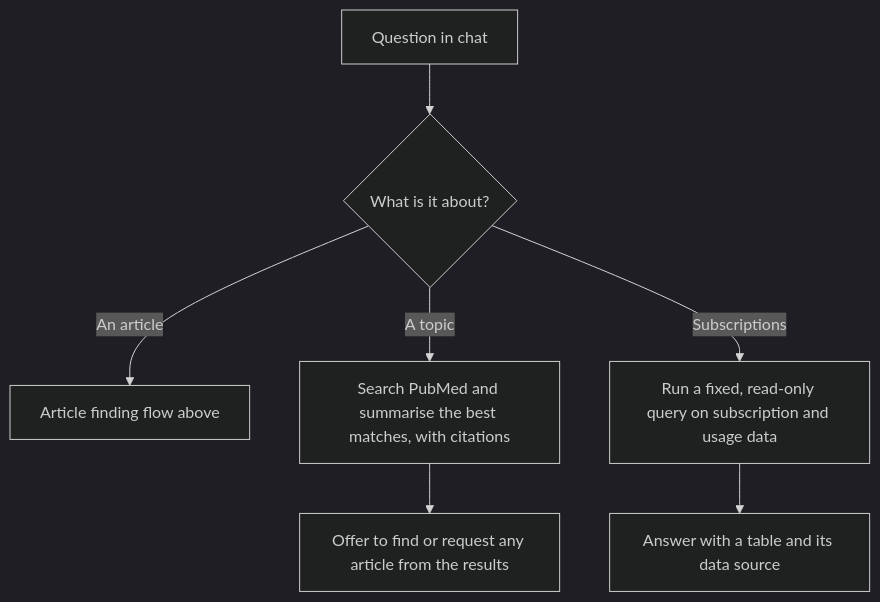
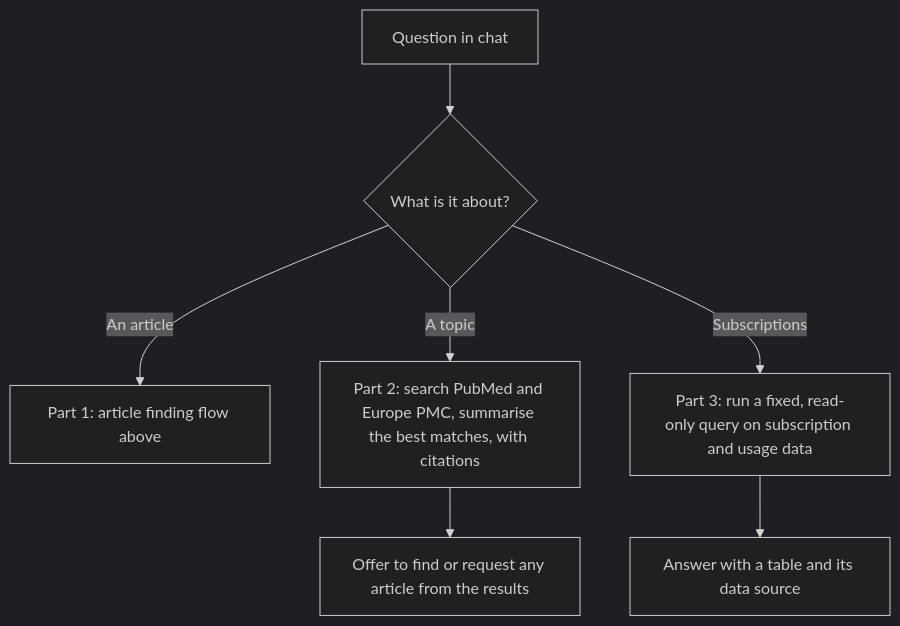
Before and after one commit to hamza-roujdami/medical-libraryIQ: the second of 4 diagrams in README.md, drawn with Mermaid (dark theme). The commit also changed other lines of this file, not shown here.

Commit message:
Align names and part numbers across README tables and diagrams

````diff
--- a/README.md
+++ b/README.md
@@ -38,9 +38,9 @@
 ```mermaid
 flowchart TD
   Q["Question in chat"] --> R{"What is it about?"}
-  R -->|"An article"| A1["Article finding flow above"]
-  R -->|"A topic"| L1["Search PubMed and summarise the best matches, with citations"]
-  R -->|"Subscriptions"| S1["Run a fixed, read-only query on subscription and usage data"]
+  R -->|"An article"| A1["Part 1: article finding flow above"]
+  R -->|"A topic"| L1["Part 2: search PubMed and Europe PMC, summarise the best matches, with citations"]
+  R -->|"Subscriptions"| S1["Part 3: run a fixed, read-only query on subscription and usage data"]
   L1 --> L2["Offer to find or request any article from the results"]
   S1 --> S2["Answer with a table and its data source"]
 ```
````
